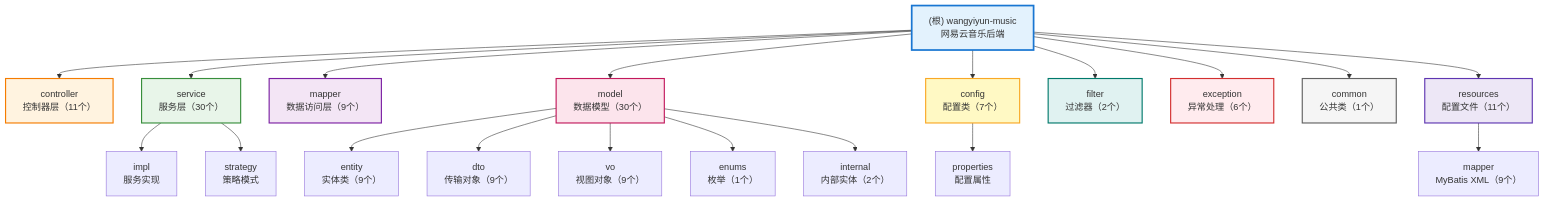
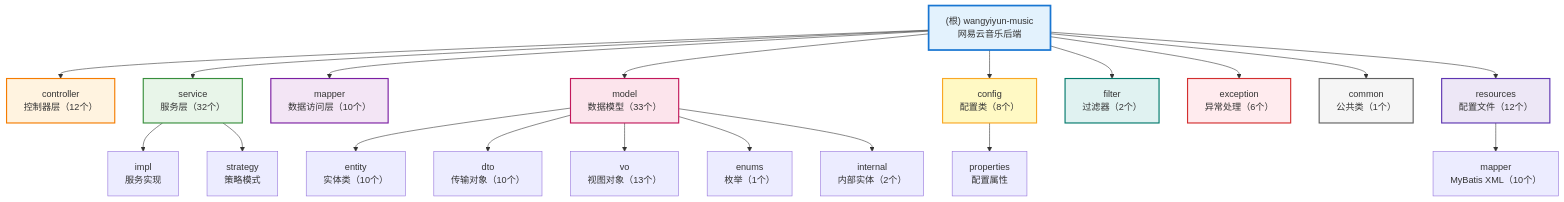
Before and after one commit to naruto055/wangyiyun-music: the first of 2 diagrams in CLAUDE.md, drawn with Mermaid. The commit also changed other lines of this file and 1 other file, not shown here.

````diff
--- a/CLAUDE.md
+++ b/CLAUDE.md
@@ -91,46 +116,46 @@
 ```mermaid
 graph TD
     Root["(根) wangyiyun-music<br/>网易云音乐后端"]
 
-    Root --> Controller["controller<br/>控制器层（11个）"]
-    Root --> Service["service<br/>服务层（30个）"]
-    Root --> Mapper["mapper<br/>数据访问层（9个）"]
-    Root --> Model["model<br/>数据模型（30个）"]
-    Root --> Config["config<br/>配置类（7个）"]
+    Root --> Controller["controller<br/>控制器层（12个）"]
+    Root --> Service["service<br/>服务层（32个）"]
+    Root --> Mapper["mapper<br/>数据访问层（10个）"]
+    Root --> Model["model<br/>数据模型（33个）"]
+    Root --> Config["config<br/>配置类（8个）"]
     Root --> Filter["filter<br/>过滤器（2个）"]
     Root --> Exception["exception<br/>异常处理（6个）"]
     Root --> Common["common<br/>公共类（1个）"]
-    Root --> Resources["resources<br/>配置文件（11个）"]
+    Root --> Resources["resources<br/>配置文件（12个）"]
 
     Service --> ServiceImpl["impl<br/>服务实现"]
     Service --> Strategy["strategy<br/>策略模式"]
 
-    Model --> Entity["entity<br/>实体类（9个）"]
-    Model --> DTO["dto<br/>传输对象（9个）"]
-    Model --> VO["vo<br/>视图对象（9个）"]
+    Model --> Entity["entity<br/>实体类（10个）"]
+    Model --> DTO["dto<br/>传输对象（10个）"]
+    Model --> VO["vo<br/>视图对象（13个）"]
     Model --> Enums["enums<br/>枚举（1个）"]
     Model --> Internal["internal<br/>内部实体（2个）"]
 
     Config --> Properties["properties<br/>配置属性"]
 
-    Resources --> MapperXML["mapper<br/>MyBatis XML（9个）"]
+    Resources --> MapperXML["mapper<br/>MyBatis XML（10个）"]
 
     click Controller "#1-controller-层-web-控制层" "查看 Controller 层文档"
     click Service "#2-service-层-业务逻辑层" "查看 Service 层文档"
     click Mapper "#3-mapper-层-数据访问层" "查看 Mapper 层文档"
     click Model "#4-model-层-数据模型" "查看 Model 层文档"
     click Config "#5-config-层-配置类" "查看 Config 层文档"
     click Filter "#6-filter-层-过滤器" "查看 Filter 层文档"
     click Exception "#7-exception-层-异常处理" "查看 Exception 层文档"
 
     style Root fill:#e3f2fd,stroke:#1976d2,stroke-width:3px
     style Controller fill:#fff3e0,stroke:#f57c00,stroke-width:2px
     style Service fill:#e8f5e9,stroke:#388e3c,stroke-width:2px
     style Mapper fill:#f3e5f5,stroke:#7b1fa2,stroke-width:2px
     style Model fill:#fce4ec,stroke:#c2185b,stroke-width:2px
     style Config fill:#fff9c4,stroke:#f9a825,stroke-width:2px
     style Filter fill:#e0f2f1,stroke:#00796b,stroke-width:2px
     style Exception fill:#ffebee,stroke:#d32f2f,stroke-width:2px
     style Common fill:#f5f5f5,stroke:#616161,stroke-width:2px
     style Resources fill:#ede7f6,stroke:#5e35b1,stroke-width:2px
 ```
````
